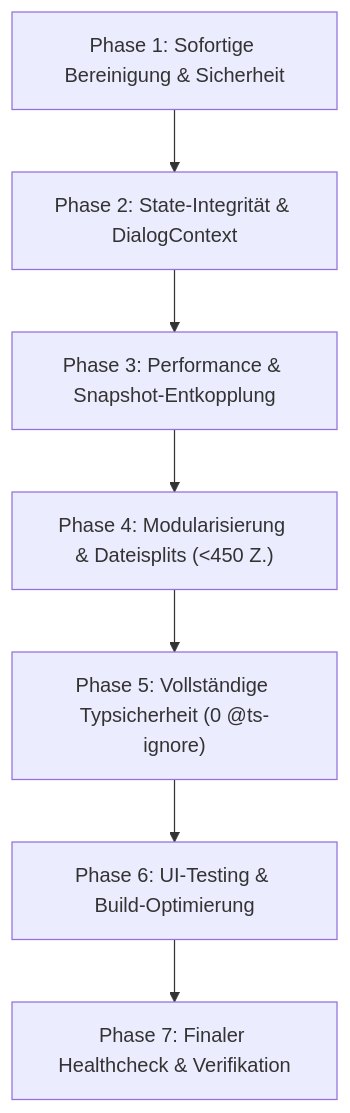
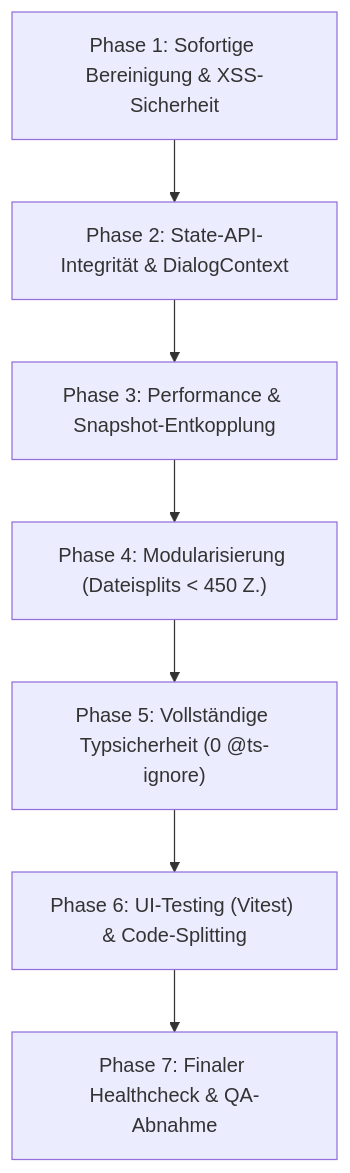
The diagram in docs/refactoring_masterplan_v6.md (SplattedRabbit/TheCombatant), drawn with Mermaid before and after one commit. The commit also changed other lines of this file and 3 other files, not shown here.

Commit message:
docs: store full refactoring masterplan and update AGENT.md roadmap

````diff
--- a/docs/refactoring_masterplan_v6.md
+++ b/docs/refactoring_masterplan_v6.md
@@ -11,9 +12,9 @@
 ```mermaid
 graph TD
-    P1["Phase 1: Sofortige Bereinigung & Sicherheit"] --> P2["Phase 2: State-Integrität & DialogContext"]
+    P1["Phase 1: Sofortige Bereinigung & XSS-Sicherheit"] --> P2["Phase 2: State-API-Integrität & DialogContext"]
     P2 --> P3["Phase 3: Performance & Snapshot-Entkopplung"]
-    P3 --> P4["Phase 4: Modularisierung & Dateisplits (<450 Z.)"]
+    P3 --> P4["Phase 4: Modularisierung (Dateisplits < 450 Z.)"]
     P4 --> P5["Phase 5: Vollständige Typsicherheit (0 @ts-ignore)"]
-    P5 --> P6["Phase 6: UI-Testing & Build-Optimierung"]
-    P6 --> P7["Phase 7: Finaler Healthcheck & Verifikation"]
+    P5 --> P6["Phase 6: UI-Testing (Vitest) & Code-Splitting"]
+    P6 --> P7["Phase 7: Finaler Healthcheck & QA-Abnahme"]
 ```
````
